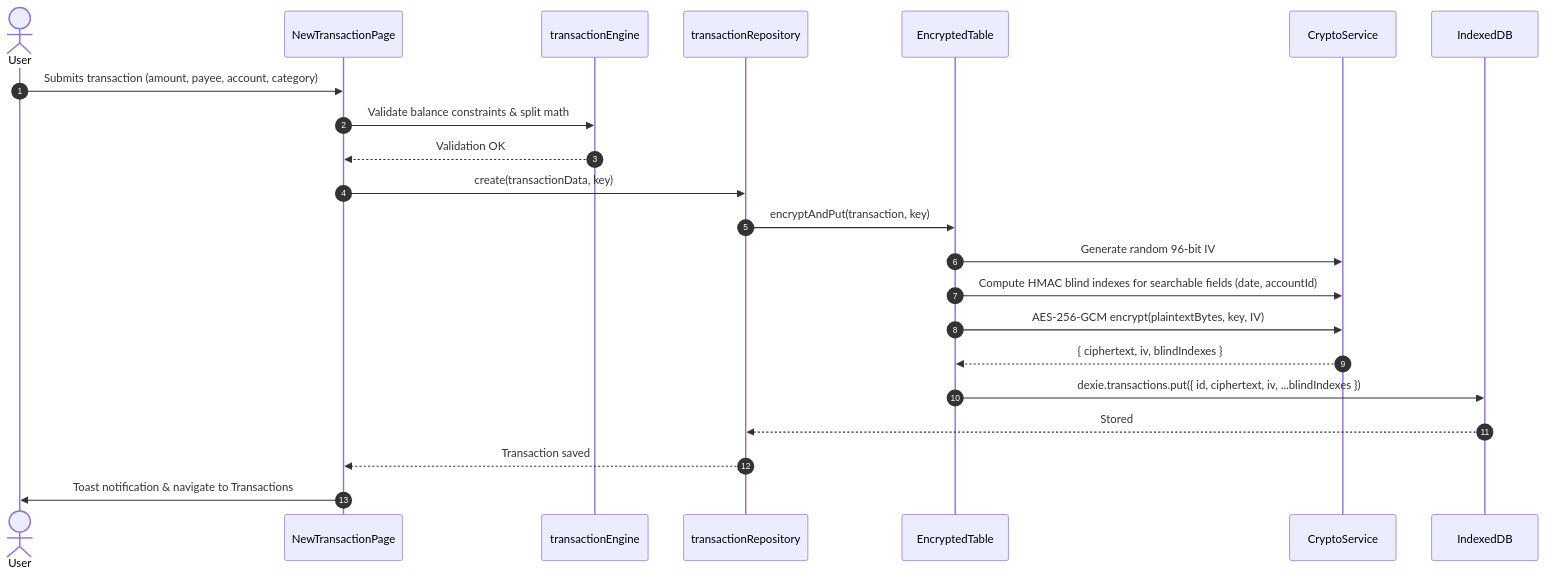
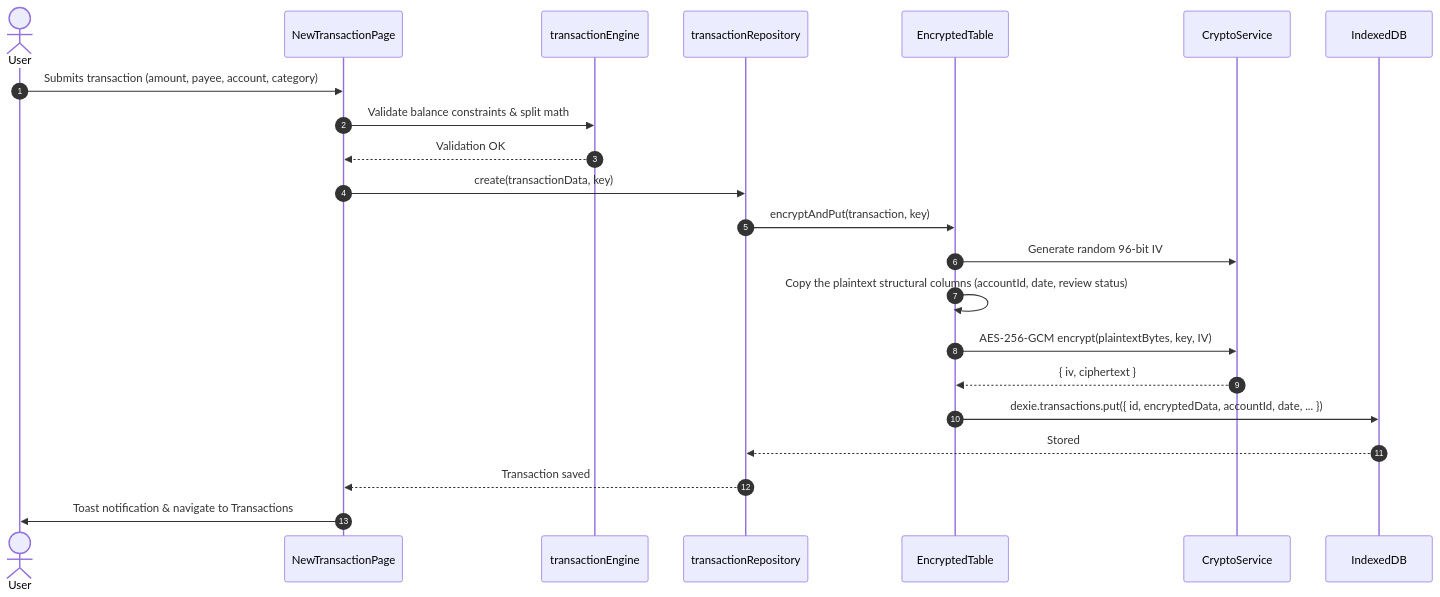
The third of 4 diagrams in docs/architecture.md (Akhlaquea01/MyFin), drawn with Mermaid before and after one commit. The commit also changed other lines of this file and 6 other files, not shown here.

````diff
--- a/docs/architecture.md
+++ b/docs/architecture.md
@@ -175,25 +175,25 @@
 ```mermaid
 sequenceDiagram
     autonumber
     actor User
     participant Form as NewTransactionPage
     participant Engine as transactionEngine
     participant Repo as transactionRepository
     participant Enc as EncryptedTable
     participant Crypto as CryptoService
     participant DB as IndexedDB
 
     User->>Form: Submits transaction (amount, payee, account, category)
     Form->>Engine: Validate balance constraints & split math
     Engine-->>Form: Validation OK
     Form->>Repo: create(transactionData, key)
     Repo->>Enc: encryptAndPut(transaction, key)
     Enc->>Crypto: Generate random 96-bit IV
-    Enc->>Crypto: Compute HMAC blind indexes for searchable fields (date, accountId)
+    Enc->>Enc: Copy the plaintext structural columns (accountId, date, review status)
     Enc->>Crypto: AES-256-GCM encrypt(plaintextBytes, key, IV)
-    Crypto-->>Enc: { ciphertext, iv, blindIndexes }
-    Enc->>DB: dexie.transactions.put({ id, ciphertext, iv, ...blindIndexes })
+    Crypto-->>Enc: { iv, ciphertext }
+    Enc->>DB: dexie.transactions.put({ id, encryptedData, accountId, date, ... })
     DB-->>Repo: Stored
     Repo-->>Form: Transaction saved
     Form->>User: Toast notification & navigate to Transactions
 ```
````
